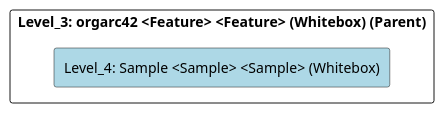
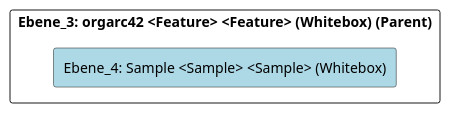
One commit to marcozwyssig/cleon changed the diagram in doc/cleonproject_deliverables_architecture_model_architecture/adoc/de/05_bausteinsicht/cleon/architecture_methods/orgarc42/sample/ebene_4_sample.adoc. Above: the diagram before and after it, drawn with PlantUML. The commit also changed other lines of this file and 214 other files, not shown here.

```diff
--- a/doc/cleonproject_deliverables_architecture_model_architecture/adoc/de/05_bausteinsicht/cleon/architecture_methods/orgarc42/sample/ebene_4_sample.adoc
+++ b/doc/cleonproject_deliverables_architecture_model_architecture/adoc/de/05_bausteinsicht/cleon/architecture_methods/orgarc42/sample/ebene_4_sample.adoc
@@ -20,24 +20,24 @@
-[plantuml, Level_4: Sample <Sample> <Sample> (Whitebox)BlockOverview, format="svg"]
+[plantuml, Ebene_4: Sample <Sample> <Sample> (Whitebox)BlockOverview, format="svg"]
 ----
-@startuml Level_4: Sample <Sample> <Sample> (Whitebox)BuildingBlockOverview
+@startuml Ebene_4: Sample <Sample> <Sample> (Whitebox)BuildingBlockOverview
 
 skinparam ranksep 10
 skinparam componentStyle rectangle
 skinparam shadowing false
 skinparam arrowColor lightblue
 skinparam arrowThickness 1.2
 skinparam rectangle {
   BackgroundColor White
   BorderColor #333
   RoundCorner 10
 }
 top to bottom direction
 
-component "Level_3: orgarc42 <Feature> <Feature> (Whitebox) (Parent)" {
-    component "Level_4: Sample <Sample> <Sample> (Whitebox)" #lightblue {
+component "Ebene_3: orgarc42 <Feature> <Feature> (Whitebox) (Parent)" {
+    component "Ebene_4: Sample <Sample> <Sample> (Whitebox)" #lightblue {
     }
 
 }
 
 @enduml
 ----
```
